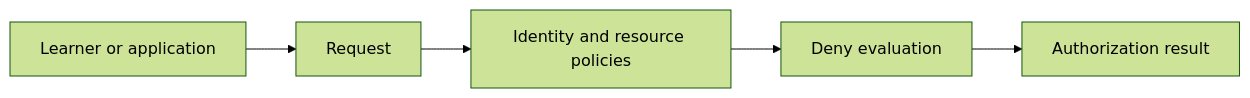
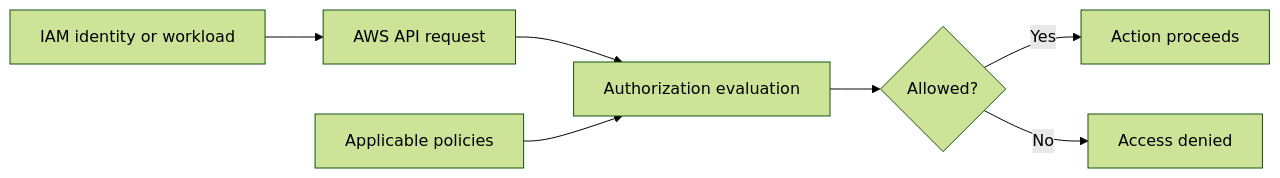
Before and after one commit to jayeshsharma2605/aws-education-notes: the first of 7 diagrams in IAM_Policies_and_User_Groups.md, drawn with Mermaid (forest theme). The commit also changed other lines of this file, not shown here.

Commit message:
Expand and simplify IAM policies and user groups lesson

````diff
--- a/IAM_Policies_and_User_Groups.md
+++ b/IAM_Policies_and_User_Groups.md
@@ -29,7 +11,9 @@
-```mermaid
+~~~mermaid
 flowchart LR
-  USER["Learner or application"] --> FIRST["Request"]
-  FIRST --> SECOND["Identity and resource policies"]
-  SECOND --> THIRD["Deny evaluation"]
-  THIRD --> RESULT["Authorization result"]
-```
+    ID["IAM identity or workload"] --> REQ["AWS API request"]
+    REQ --> AUTH["Authorization evaluation"]
+    POL["Applicable policies"] --> AUTH
+    AUTH --> DEC{"Allowed?"}
+    DEC -->|"Yes"| ACT["Action proceeds"]
+    DEC -->|"No"| DENY["Access denied"]
+~~~
````
